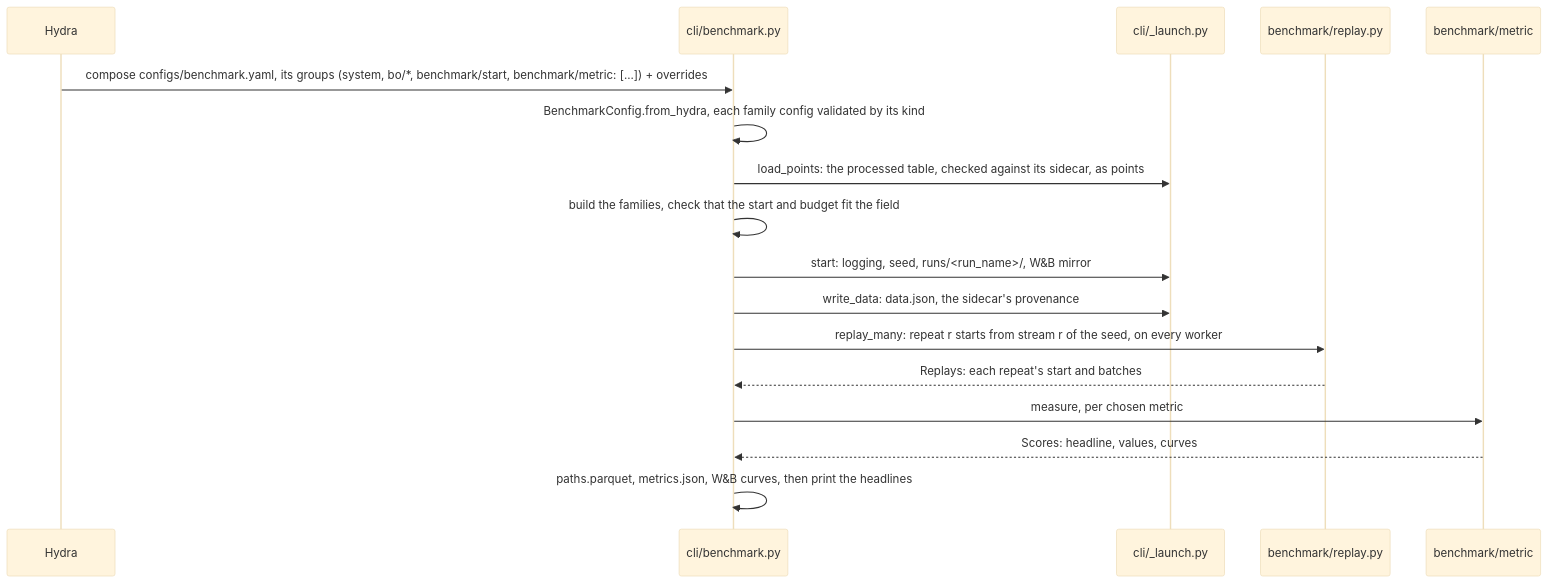
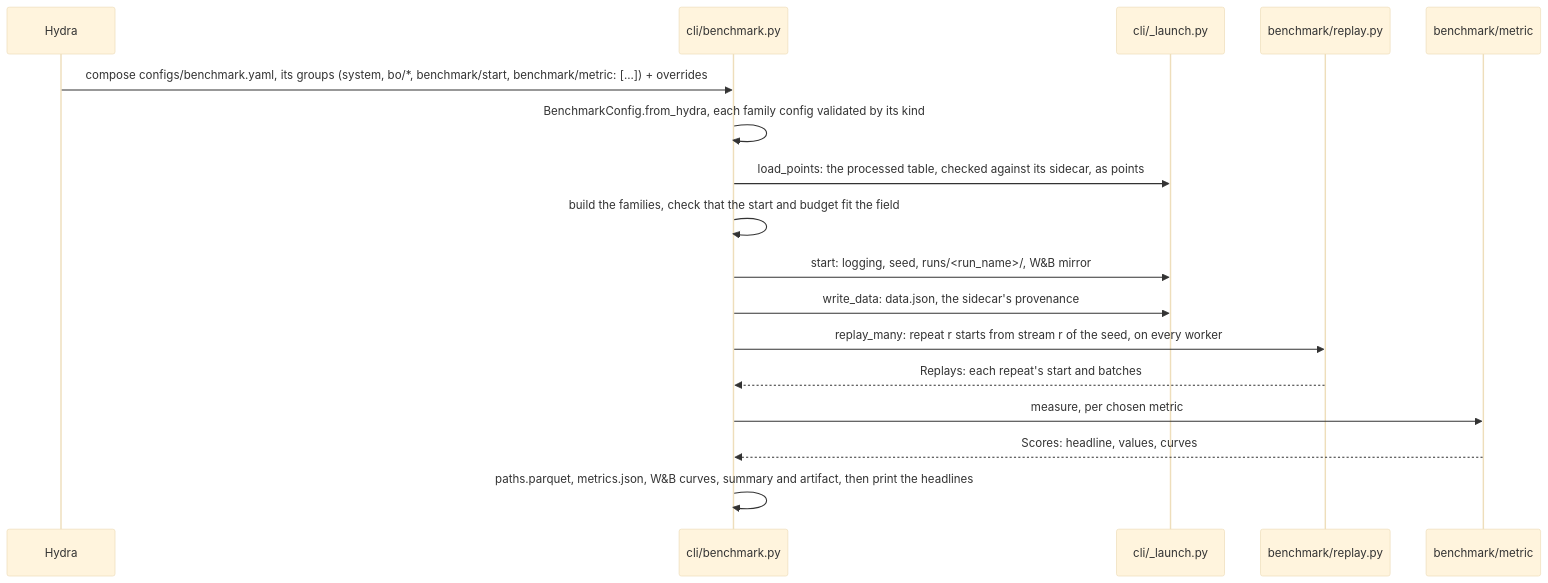
One commit to nuinashco/PhaseBO changed the second of 2 diagrams in CONTRIBUTING.md. Above: the diagram before and after it, drawn with Mermaid (base theme). The commit also changed other lines of this file and 20 other files, not shown here.

````diff
--- a/CONTRIBUTING.md
+++ b/CONTRIBUTING.md
@@ -76,19 +76,19 @@
 ```mermaid
 sequenceDiagram
     participant H as Hydra
     participant C as cli/benchmark.py
     participant L as cli/_launch.py
     participant R as benchmark/replay.py
     participant M as benchmark/metric
     H->>C: compose configs/benchmark.yaml, its groups (system, bo/*, benchmark/start, benchmark/metric: [...]) + overrides
     C->>C: BenchmarkConfig.from_hydra, each family config validated by its kind
     C->>L: load_points: the processed table, checked against its sidecar, as points
     C->>C: build the families, check that the start and budget fit the field
     C->>L: start: logging, seed, runs/<run_name>/, W&B mirror
     C->>L: write_data: data.json, the sidecar's provenance
     C->>R: replay_many: repeat r starts from stream r of the seed, on every worker
     R-->>C: Replays: each repeat's start and batches
     C->>M: measure, per chosen metric
     M-->>C: Scores: headline, values, curves
-    C->>C: paths.parquet, metrics.json, W&B curves, then print the headlines
+    C->>C: paths.parquet, metrics.json, W&B curves, summary and artifact, then print the headlines
 ```
````
